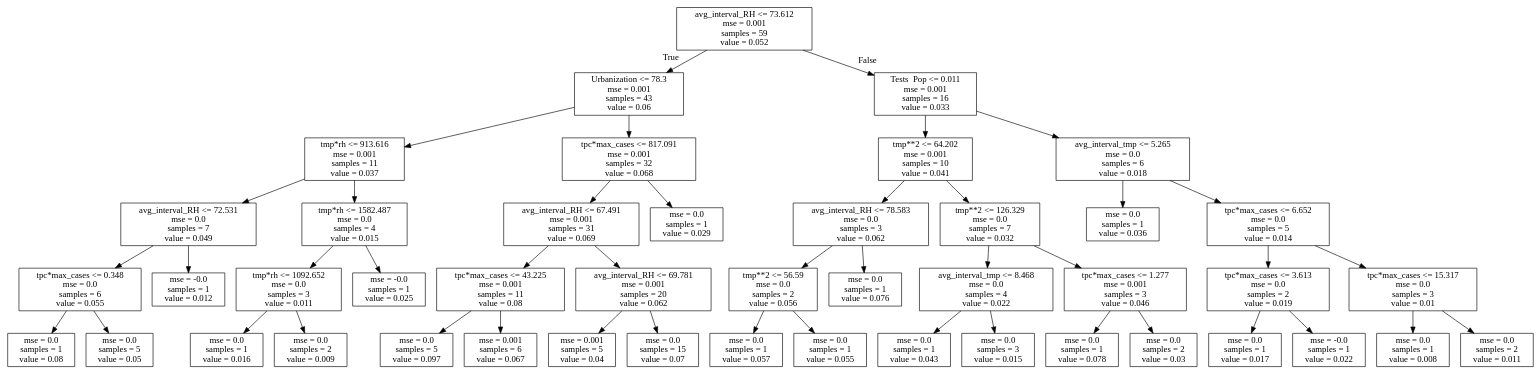
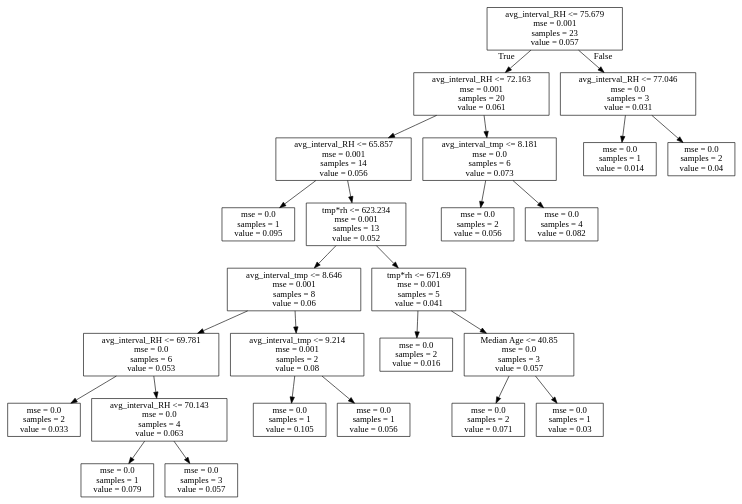
The diagram in products/decision_tree/decision_tree_EXP_GF_Q1_run3.dot (hopl1t/covid19), drawn with Graphviz before and after one commit. The commit also changed 45 other files, not shown here.

```diff
--- a/products/decision_tree/decision_tree_EXP_GF_Q1_run3.dot
+++ b/products/decision_tree/decision_tree_EXP_GF_Q1_run3.dot
@@ -1,92 +1,52 @@
 digraph Tree {
 node [shape=box] ;
-0 [label="avg_interval_RH <= 73.612\nmse = 0.001\nsamples = 59\nvalue = 0.052"] ;
-1 [label="Urbanization <= 78.3\nmse = 0.001\nsamples = 43\nvalue = 0.06"] ;
+0 [label="avg_interval_RH <= 75.679\nmse = 0.001\nsamples = 23\nvalue = 0.057"] ;
+1 [label="avg_interval_RH <= 72.163\nmse = 0.001\nsamples = 20\nvalue = 0.061"] ;
 0 -> 1 [labeldistance=2.5, labelangle=45, headlabel="True"] ;
-2 [label="tmp*rh <= 913.616\nmse = 0.001\nsamples = 11\nvalue = 0.037"] ;
+2 [label="avg_interval_RH <= 65.857\nmse = 0.001\nsamples = 14\nvalue = 0.056"] ;
 1 -> 2 ;
-3 [label="avg_interval_RH <= 72.531\nmse = 0.0\nsamples = 7\nvalue = 0.049"] ;
+3 [label="mse = 0.0\nsamples = 1\nvalue = 0.095"] ;
 2 -> 3 ;
-4 [label="tpc*max_cases <= 0.348\nmse = 0.0\nsamples = 6\nvalue = 0.055"] ;
-3 -> 4 ;
-5 [label="mse = 0.0\nsamples = 1\nvalue = 0.08"] ;
+4 [label="tmp*rh <= 623.234\nmse = 0.001\nsamples = 13\nvalue = 0.052"] ;
+2 -> 4 ;
+5 [label="avg_interval_tmp <= 8.646\nmse = 0.001\nsamples = 8\nvalue = 0.06"] ;
 4 -> 5 ;
-6 [label="mse = 0.0\nsamples = 5\nvalue = 0.05"] ;
-4 -> 6 ;
-7 [label="mse = -0.0\nsamples = 1\nvalue = 0.012"] ;
-3 -> 7 ;
-8 [label="tmp*rh <= 1582.487\nmse = 0.0\nsamples = 4\nvalue = 0.015"] ;
-2 -> 8 ;
-9 [label="tmp*rh <= 1092.652\nmse = 0.0\nsamples = 3\nvalue = 0.011"] ;
+6 [label="avg_interval_RH <= 69.781\nmse = 0.0\nsamples = 6\nvalue = 0.053"] ;
+5 -> 6 ;
+7 [label="mse = 0.0\nsamples = 2\nvalue = 0.033"] ;
+6 -> 7 ;
+8 [label="avg_interval_RH <= 70.143\nmse = 0.0\nsamples = 4\nvalue = 0.063"] ;
+6 -> 8 ;
+9 [label="mse = 0.0\nsamples = 1\nvalue = 0.079"] ;
 8 -> 9 ;
-10 [label="mse = 0.0\nsamples = 1\nvalue = 0.016"] ;
-9 -> 10 ;
-11 [label="mse = 0.0\nsamples = 2\nvalue = 0.009"] ;
-9 -> 11 ;
-12 [label="mse = -0.0\nsamples = 1\nvalue = 0.025"] ;
-8 -> 12 ;
-13 [label="tpc*max_cases <= 817.091\nmse = 0.001\nsamples = 32\nvalue = 0.068"] ;
-1 -> 13 ;
-14 [label="avg_interval_RH <= 67.491\nmse = 0.001\nsamples = 31\nvalue = 0.069"] ;
-13 -> 14 ;
-15 [label="tpc*max_cases <= 43.225\nmse = 0.001\nsamples = 11\nvalue = 0.08"] ;
+10 [label="mse = 0.0\nsamples = 3\nvalue = 0.057"] ;
+8 -> 10 ;
+11 [label="avg_interval_tmp <= 9.214\nmse = 0.001\nsamples = 2\nvalue = 0.08"] ;
+5 -> 11 ;
+12 [label="mse = 0.0\nsamples = 1\nvalue = 0.105"] ;
+11 -> 12 ;
+13 [label="mse = 0.0\nsamples = 1\nvalue = 0.056"] ;
+11 -> 13 ;
+14 [label="tmp*rh <= 671.69\nmse = 0.001\nsamples = 5\nvalue = 0.041"] ;
+4 -> 14 ;
+15 [label="mse = 0.0\nsamples = 2\nvalue = 0.016"] ;
 14 -> 15 ;
-16 [label="mse = 0.0\nsamples = 5\nvalue = 0.097"] ;
-15 -> 16 ;
-17 [label="mse = 0.001\nsamples = 6\nvalue = 0.067"] ;
-15 -> 17 ;
-18 [label="avg_interval_RH <= 69.781\nmse = 0.001\nsamples = 20\nvalue = 0.062"] ;
-14 -> 18 ;
-19 [label="mse = 0.001\nsamples = 5\nvalue = 0.04"] ;
-18 -> 19 ;
-20 [label="mse = 0.0\nsamples = 15\nvalue = 0.07"] ;
-18 -> 20 ;
-21 [label="mse = 0.0\nsamples = 1\nvalue = 0.029"] ;
-13 -> 21 ;
-22 [label="Tests \ Pop <= 0.011\nmse = 0.001\nsamples = 16\nvalue = 0.033"] ;
+16 [label="Median Age <= 40.85\nmse = 0.0\nsamples = 3\nvalue = 0.057"] ;
+14 -> 16 ;
+17 [label="mse = 0.0\nsamples = 2\nvalue = 0.071"] ;
+16 -> 17 ;
+18 [label="mse = 0.0\nsamples = 1\nvalue = 0.03"] ;
+16 -> 18 ;
+19 [label="avg_interval_tmp <= 8.181\nmse = 0.0\nsamples = 6\nvalue = 0.073"] ;
+1 -> 19 ;
+20 [label="mse = 0.0\nsamples = 2\nvalue = 0.056"] ;
+19 -> 20 ;
+21 [label="mse = 0.0\nsamples = 4\nvalue = 0.082"] ;
+19 -> 21 ;
+22 [label="avg_interval_RH <= 77.046\nmse = 0.0\nsamples = 3\nvalue = 0.031"] ;
 0 -> 22 [labeldistance=2.5, labelangle=-45, headlabel="False"] ;
-23 [label="tmp**2 <= 64.202\nmse = 0.001\nsamples = 10\nvalue = 0.041"] ;
+23 [label="mse = 0.0\nsamples = 1\nvalue = 0.014"] ;
 22 -> 23 ;
-24 [label="avg_interval_RH <= 78.583\nmse = 0.0\nsamples = 3\nvalue = 0.062"] ;
-23 -> 24 ;
-25 [label="tmp**2 <= 56.59\nmse = 0.0\nsamples = 2\nvalue = 0.056"] ;
-24 -> 25 ;
-26 [label="mse = 0.0\nsamples = 1\nvalue = 0.057"] ;
-25 -> 26 ;
-27 [label="mse = 0.0\nsamples = 1\nvalue = 0.055"] ;
-25 -> 27 ;
-28 [label="mse = 0.0\nsamples = 1\nvalue = 0.076"] ;
-24 -> 28 ;
-29 [label="tmp**2 <= 126.329\nmse = 0.0\nsamples = 7\nvalue = 0.032"] ;
-23 -> 29 ;
-30 [label="avg_interval_tmp <= 8.468\nmse = 0.0\nsamples = 4\nvalue = 0.022"] ;
-29 -> 30 ;
-31 [label="mse = 0.0\nsamples = 1\nvalue = 0.043"] ;
-30 -> 31 ;
-32 [label="mse = 0.0\nsamples = 3\nvalue = 0.015"] ;
-30 -> 32 ;
-33 [label="tpc*max_cases <= 1.277\nmse = 0.001\nsamples = 3\nvalue = 0.046"] ;
-29 -> 33 ;
-34 [label="mse = 0.0\nsamples = 1\nvalue = 0.078"] ;
-33 -> 34 ;
-35 [label="mse = 0.0\nsamples = 2\nvalue = 0.03"] ;
-33 -> 35 ;
-36 [label="avg_interval_tmp <= 5.265\nmse = 0.0\nsamples = 6\nvalue = 0.018"] ;
-22 -> 36 ;
-37 [label="mse = 0.0\nsamples = 1\nvalue = 0.036"] ;
-36 -> 37 ;
-38 [label="tpc*max_cases <= 6.652\nmse = 0.0\nsamples = 5\nvalue = 0.014"] ;
-36 -> 38 ;
-39 [label="tpc*max_cases <= 3.613\nmse = 0.0\nsamples = 2\nvalue = 0.019"] ;
-38 -> 39 ;
-40 [label="mse = 0.0\nsamples = 1\nvalue = 0.017"] ;
-39 -> 40 ;
-41 [label="mse = -0.0\nsamples = 1\nvalue = 0.022"] ;
-39 -> 41 ;
-42 [label="tpc*max_cases <= 15.317\nmse = 0.0\nsamples = 3\nvalue = 0.01"] ;
-38 -> 42 ;
-43 [label="mse = 0.0\nsamples = 1\nvalue = 0.008"] ;
-42 -> 43 ;
-44 [label="mse = 0.0\nsamples = 2\nvalue = 0.011"] ;
-42 -> 44 ;
+24 [label="mse = 0.0\nsamples = 2\nvalue = 0.04"] ;
+22 -> 24 ;
 }
```
